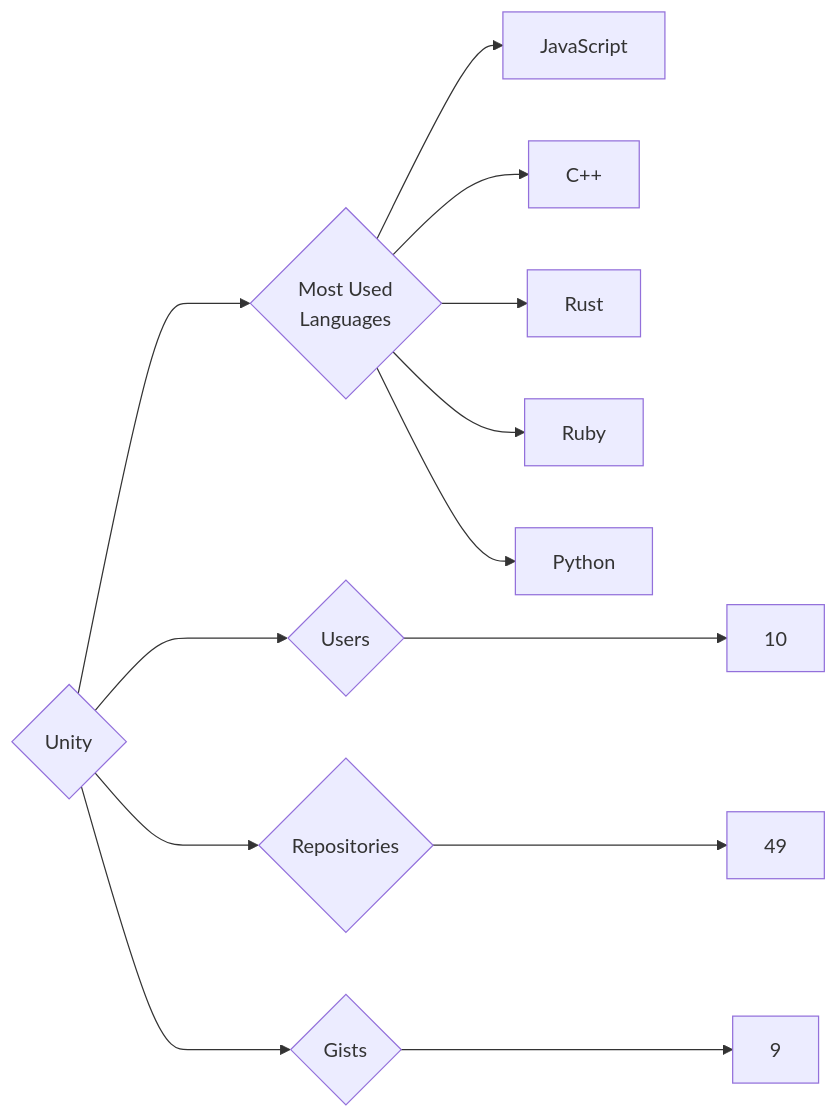
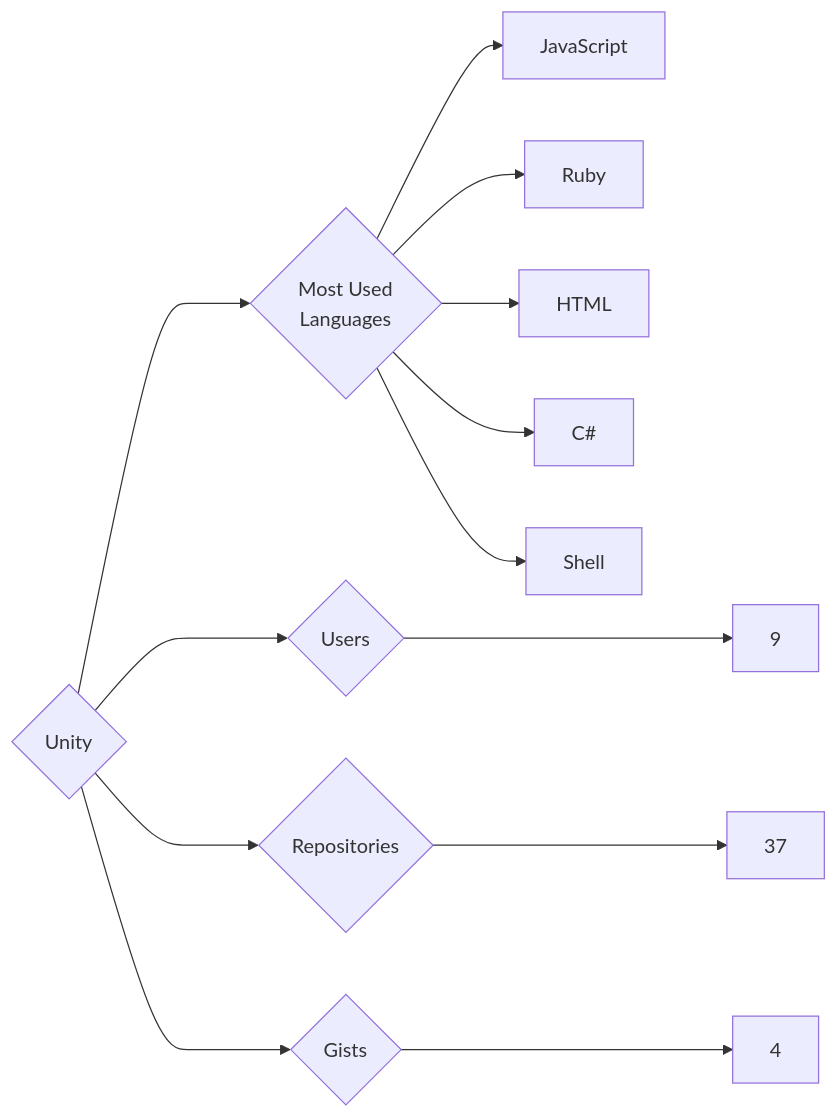
One commit to trickest/insiders changed the diagram in targets/Unity/README.md. Above: the diagram before and after it, drawn with Mermaid. The commit also changed 1484 other files, not shown here.

````diff
--- a/targets/Unity/README.md
+++ b/targets/Unity/README.md
@@ -3,13 +3,13 @@
 ```mermaid
 graph LR
 COMPANY_NAME{Unity}
-COMPANY_NAME ---> U{Users} ---> UN[10]
-COMPANY_NAME ---> R{Repositories} ---> RN[49]
-COMPANY_NAME ---> G{Gists} ---> GN[9]
+COMPANY_NAME ---> U{Users} ---> UN[9]
+COMPANY_NAME ---> R{Repositories} ---> RN[37]
+COMPANY_NAME ---> G{Gists} ---> GN[4]
 COMPANY_NAME ---> ML{Most Used<br>Languages}
 ML --> JavaScript[JavaScript]
-ML --> C++[C++]
-ML --> Rust[Rust]
 ML --> Ruby[Ruby]
-ML --> Python[Python]
+ML --> HTML[HTML]
+ML --> C#[C#]
+ML --> Shell[Shell]
 ```
````
